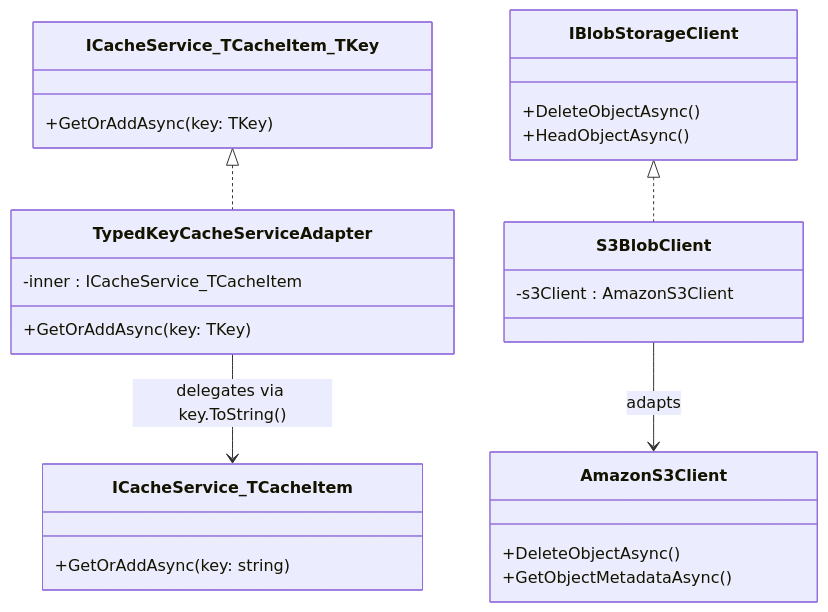
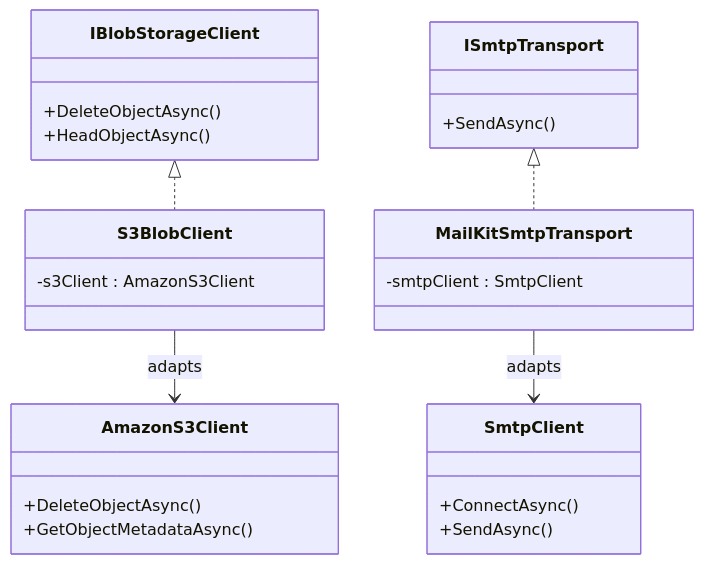
Before and after one commit to granit-fx/granit-dotnet: the diagram in docs-site/src/content/docs/dotnet/architecture/patterns/adapter.md, drawn with Mermaid. The commit also changed other lines of this file and 219 other files, not shown here.

````diff
--- a/docs-site/src/content/docs/dotnet/architecture/patterns/adapter.md
+++ b/docs-site/src/content/docs/dotnet/architecture/patterns/adapter.md
@@ -17,35 +17,35 @@
 ```mermaid
 classDiagram
-    class ICacheService_TCacheItem_TKey {
-        +GetOrAddAsync(key: TKey)
-    }
-
-    class ICacheService_TCacheItem {
-        +GetOrAddAsync(key: string)
-    }
-
-    class TypedKeyCacheServiceAdapter {
-        -inner : ICacheService_TCacheItem
-        +GetOrAddAsync(key: TKey)
-    }
-
-    ICacheService_TCacheItem_TKey <|.. TypedKeyCacheServiceAdapter
-    TypedKeyCacheServiceAdapter --> ICacheService_TCacheItem : delegates via key.ToString()
-
     class IBlobStorageClient {
         +DeleteObjectAsync()
         +HeadObjectAsync()
     }
 
     class AmazonS3Client {
         +DeleteObjectAsync()
         +GetObjectMetadataAsync()
     }
 
     class S3BlobClient {
         -s3Client : AmazonS3Client
     }
 
     IBlobStorageClient <|.. S3BlobClient
     S3BlobClient --> AmazonS3Client : adapts
+
+    class ISmtpTransport {
+        +SendAsync()
+    }
+
+    class SmtpClient {
+        +ConnectAsync()
+        +SendAsync()
+    }
+
+    class MailKitSmtpTransport {
+        -smtpClient : SmtpClient
+    }
+
+    ISmtpTransport <|.. MailKitSmtpTransport
+    MailKitSmtpTransport --> SmtpClient : adapts
 ```
````
